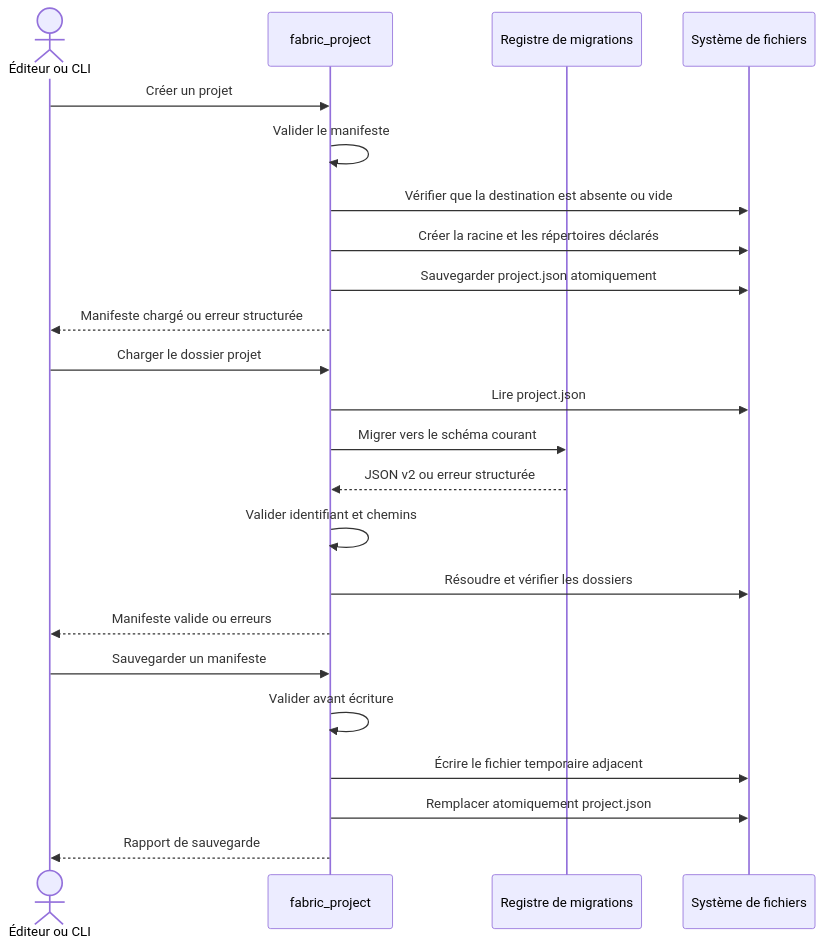
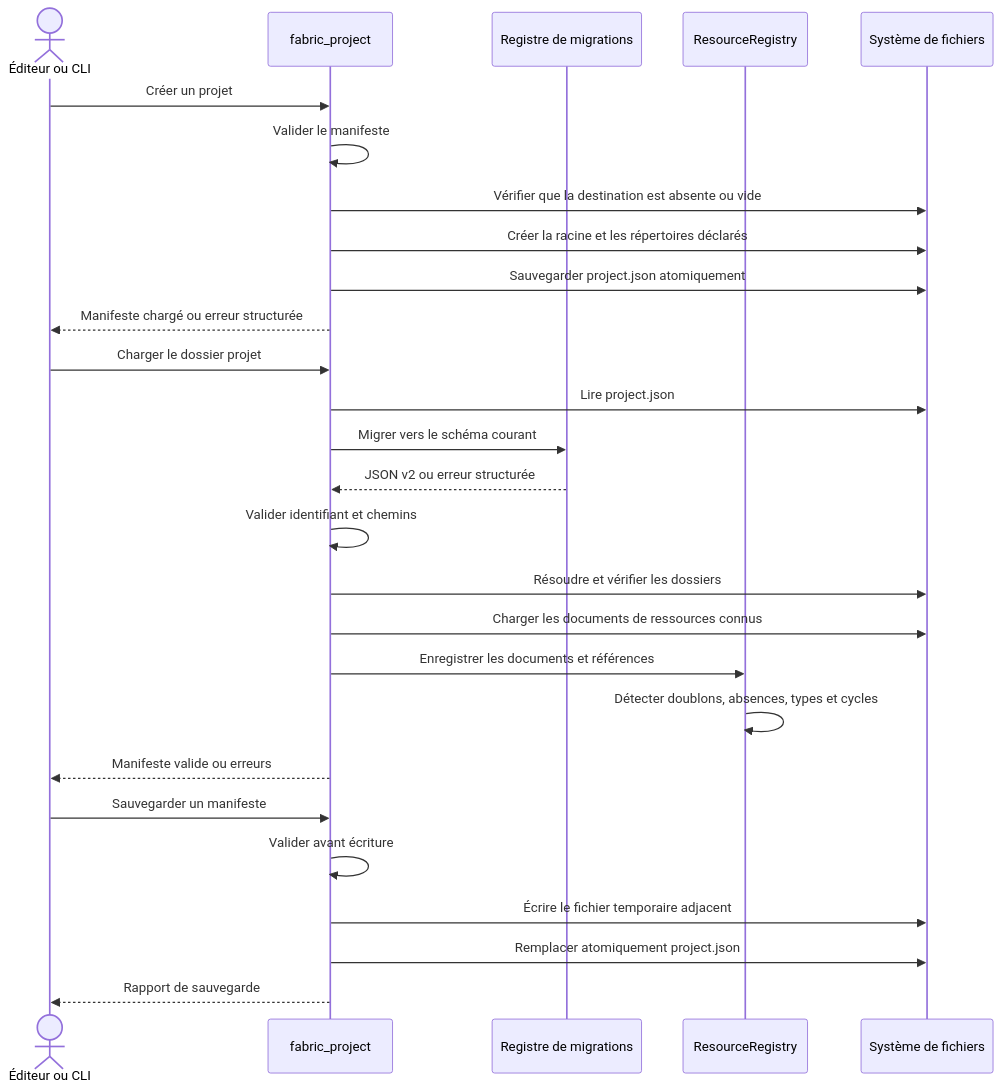
Before and after one commit to tristan-monticelli/vertex-loom: the diagram in docs/workflows/project-validation.md, drawn with Mermaid. The commit also changed 10 other files, not shown here.

Commit message:
feat(project): validate the resource graph

````diff
--- a/docs/workflows/project-validation.md
+++ b/docs/workflows/project-validation.md
@@ -3,28 +3,32 @@
 ```mermaid
 sequenceDiagram
     actor Caller as Éditeur ou CLI
     participant Project as fabric_project
     participant Migration as Registre de migrations
+    participant Registry as ResourceRegistry
     participant Files as Système de fichiers
 
     Caller->>Project: Créer un projet
     Project->>Project: Valider le manifeste
     Project->>Files: Vérifier que la destination est absente ou vide
     Project->>Files: Créer la racine et les répertoires déclarés
     Project->>Files: Sauvegarder project.json atomiquement
     Project-->>Caller: Manifeste chargé ou erreur structurée
 
     Caller->>Project: Charger le dossier projet
     Project->>Files: Lire project.json
     Project->>Migration: Migrer vers le schéma courant
     Migration-->>Project: JSON v2 ou erreur structurée
     Project->>Project: Valider identifiant et chemins
     Project->>Files: Résoudre et vérifier les dossiers
+    Project->>Files: Charger les documents de ressources connus
+    Project->>Registry: Enregistrer les documents et références
+    Registry->>Registry: Détecter doublons, absences, types et cycles
     Project-->>Caller: Manifeste valide ou erreurs
 
     Caller->>Project: Sauvegarder un manifeste
     Project->>Project: Valider avant écriture
     Project->>Files: Écrire le fichier temporaire adjacent
     Project->>Files: Remplacer atomiquement project.json
     Project-->>Caller: Rapport de sauvegarde
 ```
````
